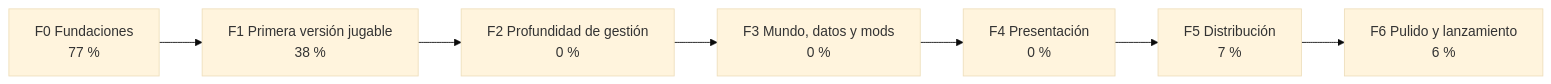
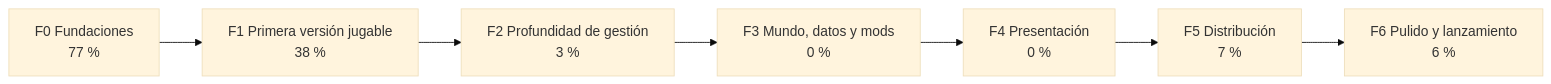
One commit to dariogea/BM27 changed the first of 2 diagrams in README.md. Above: the diagram before and after it, drawn with Mermaid (base theme). The commit also changed other lines of this file and 35 other files, not shown here.

````diff
--- a/README.md
+++ b/README.md
@@ -61,11 +61,11 @@
 ```mermaid
 flowchart LR
   F0["F0 Fundaciones<br/>77 %"]
   F1["F1 Primera versión jugable<br/>38 %"]
-  F2["F2 Profundidad de gestión<br/>0 %"]
+  F2["F2 Profundidad de gestión<br/>3 %"]
   F3["F3 Mundo, datos y mods<br/>0 %"]
   F4["F4 Presentación<br/>0 %"]
   F5["F5 Distribución<br/>7 %"]
   F6["F6 Pulido y lanzamiento<br/>6 %"]
   F0 --> F1 --> F2 --> F3 --> F4 --> F5 --> F6
 ```
````
